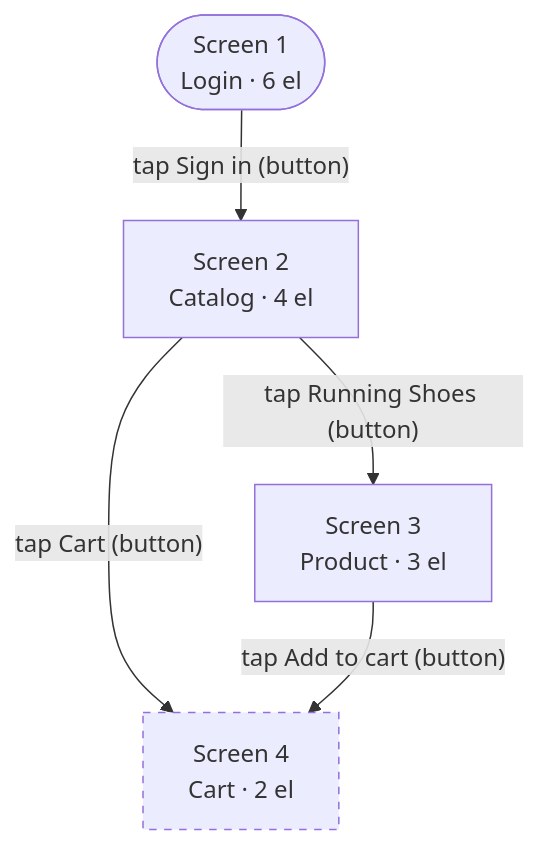
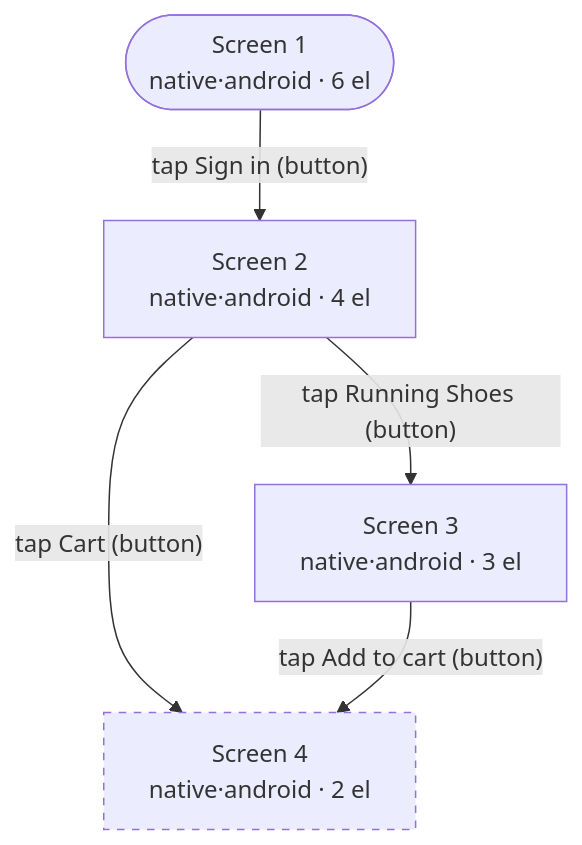
One commit to VadimToptunov/Mobiscout changed the diagram in README.md. Above: the diagram before and after it, drawn with Mermaid. The commit also changed other lines of this file and 123 other files, not shown here.

````diff
--- a/README.md
+++ b/README.md
@@ -48,13 +48,13 @@
 ```mermaid
 flowchart TD
-    N1(["Screen 1<br/>Login · 6 el"])
-    N2["Screen 2<br/>Catalog · 4 el"]
-    N3["Screen 3<br/>Product · 3 el"]
-    N4["Screen 4<br/>Cart · 2 el"]
+    N1(["Screen 1<br/>native·android · 6 el"])
+    N2["Screen 2<br/>native·android · 4 el"]
+    N3["Screen 3<br/>native·android · 3 el"]
+    N4["Screen 4<br/>native·android · 2 el"]
     N1 -->|"tap Sign in (button)"| N2
     N2 -->|"tap Running Shoes (button)"| N3
     N2 -->|"tap Cart (button)"| N4
     N3 -->|"tap Add to cart (button)"| N4
     class N4 deadend;
     classDef deadend stroke-dasharray: 5 5;
 ```
````
